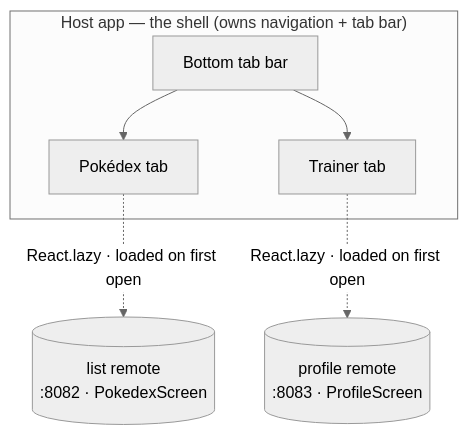
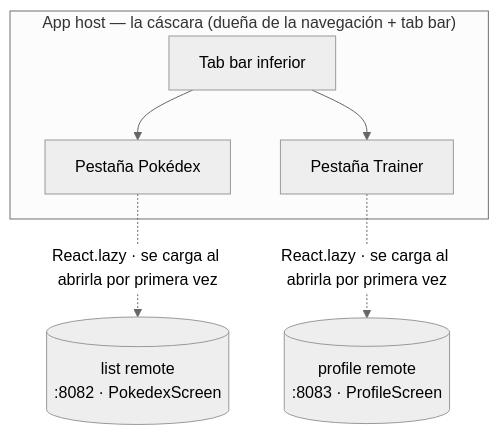
One commit to warrendeleon/warrendeleon.com changed the diagram in src/content/blog/es/host-shell-federated-tabs-react-native.md. Above: the diagram before and after it, drawn with Mermaid (neutral theme). The commit also changed 11 other files, not shown here.

First line of the commit message:
🌐 i18n(blog): translate mermaid diagram labels (es/ca/tl)

````diff
--- a/src/content/blog/es/host-shell-federated-tabs-react-native.md
+++ b/src/content/blog/es/host-shell-federated-tabs-react-native.md
@@ -17,14 +17,14 @@
 ```mermaid
 flowchart TB
-    subgraph host["Host app — the shell (owns navigation + tab bar)"]
-        tabs["Bottom tab bar"]
-        t1["Pokédex tab"]
-        t2["Trainer tab"]
+    subgraph host["App host — la cáscara (dueña de la navegación + tab bar)"]
+        tabs["Tab bar inferior"]
+        t1["Pestaña Pokédex"]
+        t2["Pestaña Trainer"]
         tabs --> t1
         tabs --> t2
     end
     list[("list remote<br/>:8082 · PokedexScreen")]
     profile[("profile remote<br/>:8083 · ProfileScreen")]
-    t1 -.->|"React.lazy · loaded on first open"| list
-    t2 -.->|"React.lazy · loaded on first open"| profile
+    t1 -.->|"React.lazy · se carga al abrirla por primera vez"| list
+    t2 -.->|"React.lazy · se carga al abrirla por primera vez"| profile
 ```
````
